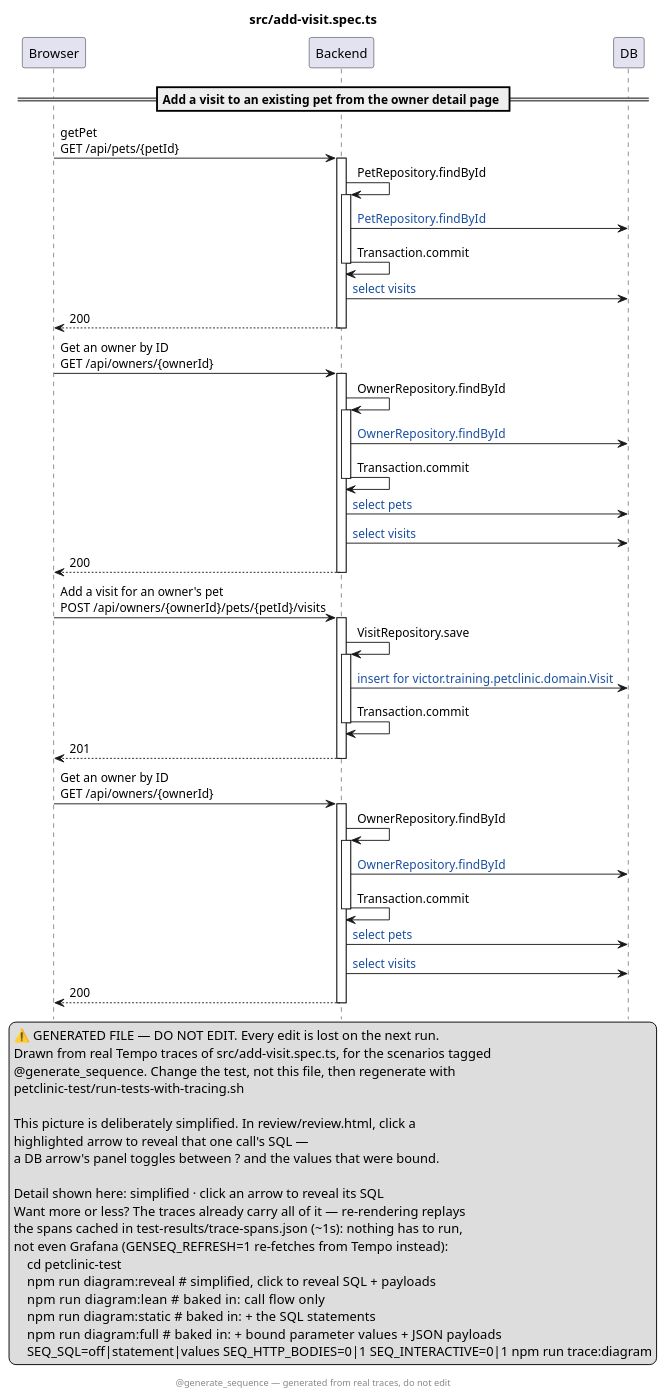
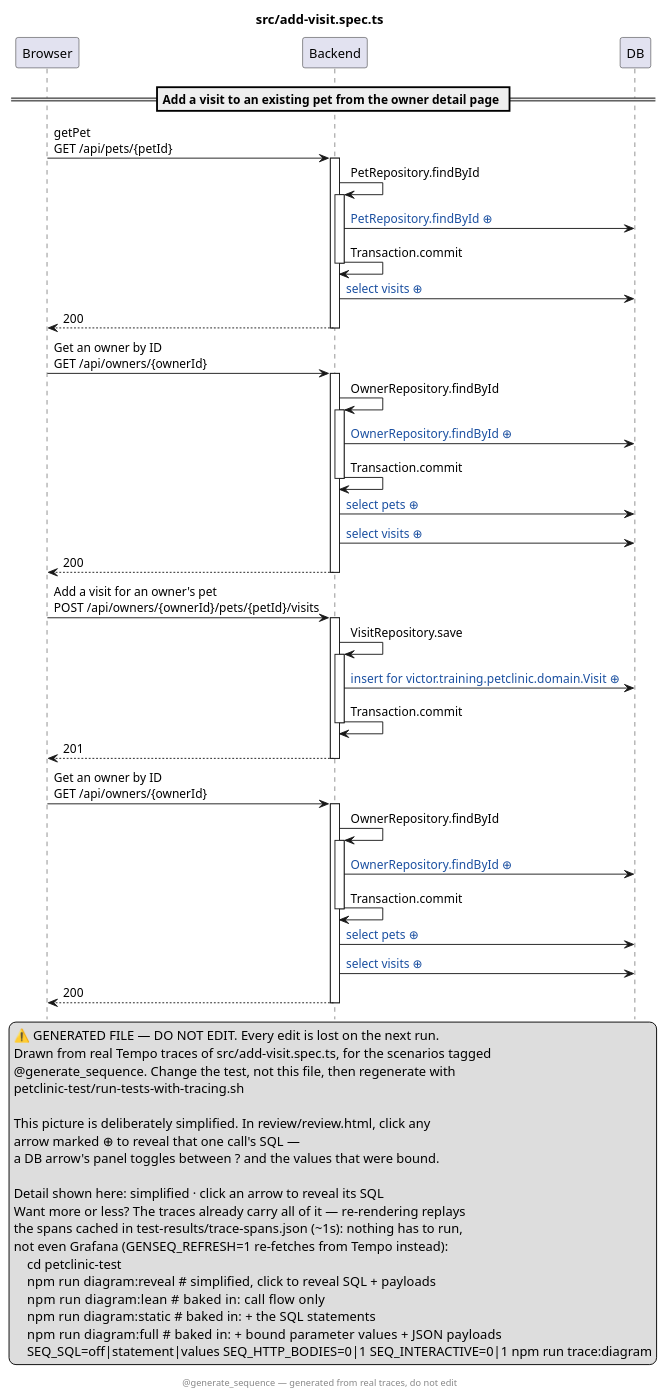
The diagram in petclinic-test/src/add-visit.spec.ts.genseq.puml (victorrentea/petclinic), drawn with PlantUML before and after one commit. The commit also changed 4 other files, not shown here.

```diff
--- a/petclinic-test/src/add-visit.spec.ts.genseq.puml
+++ b/petclinic-test/src/add-visit.spec.ts.genseq.puml
@@ -1,74 +1,74 @@
 @startuml
 ' ⚠️  GENERATED FILE — DO NOT EDIT. Every edit is lost on the next run.
 hide footbox
 skinparam hyperlinkUnderline false
 skinparam hyperlinkColor #1A4FA0
 title src/add-visit.spec.ts
 legend right
   ⚠️  GENERATED FILE — DO NOT EDIT. Every edit is lost on the next run.
   Drawn from real Tempo traces of src/add-visit.spec.ts, for the scenarios tagged
   @generate_sequence. Change the test, not this file, then regenerate with
   petclinic-test/run-tests-with-tracing.sh
  
-  This picture is deliberately simplified. In review/review.html, click a
-  highlighted arrow to reveal that one call's SQL —
+  This picture is deliberately simplified. In review/review.html, click any
+  arrow marked ⊕ to reveal that one call's SQL —
   a DB arrow's panel toggles between ? and the values that were bound.
  
   Detail shown here: simplified · click an arrow to reveal its SQL
   Want more or less? The traces already carry all of it — re-rendering replays
   the spans cached in test-results/trace-spans.json (~1s): nothing has to run,
   not even Grafana (GENSEQ_REFRESH=1 re-fetches from Tempo instead):
       cd petclinic-test
       npm run diagram:reveal  # simplified, click to reveal SQL + payloads
       npm run diagram:lean    # baked in: call flow only
       npm run diagram:static  # baked in: + the SQL statements
       npm run diagram:full    # baked in: + bound parameter values + JSON payloads
       SEQ_SQL=off|statement|values SEQ_HTTP_BODIES=0|1 SEQ_INTERACTIVE=0|1 npm run trace:diagram
 end legend
 footer @generate_sequence — generated from real traces, do not edit
 participant Browser
 participant Backend
 participant DB
 == Add a visit to an existing pet from the owner detail page ==
 Browser -> Backend: getPet\nGET /api/pets/{petId}
 activate Backend
 Backend -> Backend: PetRepository.findById
 activate Backend
-Backend -> DB: [[genseq://1dvza26{Click for the statement behind this call} PetRepository.findById]]
+Backend -> DB: [[genseq://1dvza26{Click for the statement behind this call} PetRepository.findById ⊕]]
 Backend -> Backend: Transaction.commit
 deactivate Backend
-Backend -> DB: [[genseq://10rnkt2{Click for the statement behind this call} select visits]]
+Backend -> DB: [[genseq://10rnkt2{Click for the statement behind this call} select visits ⊕]]
 Backend --> Browser: 200
 deactivate Backend
 Browser -> Backend: Get an owner by ID\nGET /api/owners/{ownerId}
 activate Backend
 Backend -> Backend: OwnerRepository.findById
 activate Backend
-Backend -> DB: [[genseq://0stbfh4{Click for the statement behind this call} OwnerRepository.findById]]
+Backend -> DB: [[genseq://0stbfh4{Click for the statement behind this call} OwnerRepository.findById ⊕]]
 Backend -> Backend: Transaction.commit
 deactivate Backend
-Backend -> DB: [[genseq://030w0nk{Click for the statement behind this call} select pets]]
-Backend -> DB: [[genseq://10rnkt2{Click for the statement behind this call} select visits]]
+Backend -> DB: [[genseq://030w0nk{Click for the statement behind this call} select pets ⊕]]
+Backend -> DB: [[genseq://10rnkt2{Click for the statement behind this call} select visits ⊕]]
 Backend --> Browser: 200
 deactivate Backend
 Browser -> Backend: Add a visit for an owner's pet\nPOST /api/owners/{ownerId}/pets/{petId}/visits
 activate Backend
 Backend -> Backend: VisitRepository.save
 activate Backend
-Backend -> DB: [[genseq://0xk196o{Click for the statement behind this call} insert for victor.training.petclinic.domain.Visit]]
+Backend -> DB: [[genseq://0xk196o{Click for the statement behind this call} insert for victor.training.petclinic.domain.Visit ⊕]]
 Backend -> Backend: Transaction.commit
 deactivate Backend
 Backend --> Browser: 201
 deactivate Backend
 Browser -> Backend: Get an owner by ID\nGET /api/owners/{ownerId}
 activate Backend
 Backend -> Backend: OwnerRepository.findById
 activate Backend
-Backend -> DB: [[genseq://0stbfh4{Click for the statement behind this call} OwnerRepository.findById]]
+Backend -> DB: [[genseq://0stbfh4{Click for the statement behind this call} OwnerRepository.findById ⊕]]
 Backend -> Backend: Transaction.commit
 deactivate Backend
-Backend -> DB: [[genseq://030w0nk{Click for the statement behind this call} select pets]]
-Backend -> DB: [[genseq://10rnkt2{Click for the statement behind this call} select visits]]
+Backend -> DB: [[genseq://030w0nk{Click for the statement behind this call} select pets ⊕]]
+Backend -> DB: [[genseq://10rnkt2{Click for the statement behind this call} select visits ⊕]]
 Backend --> Browser: 200
 deactivate Backend
 @enduml
```
